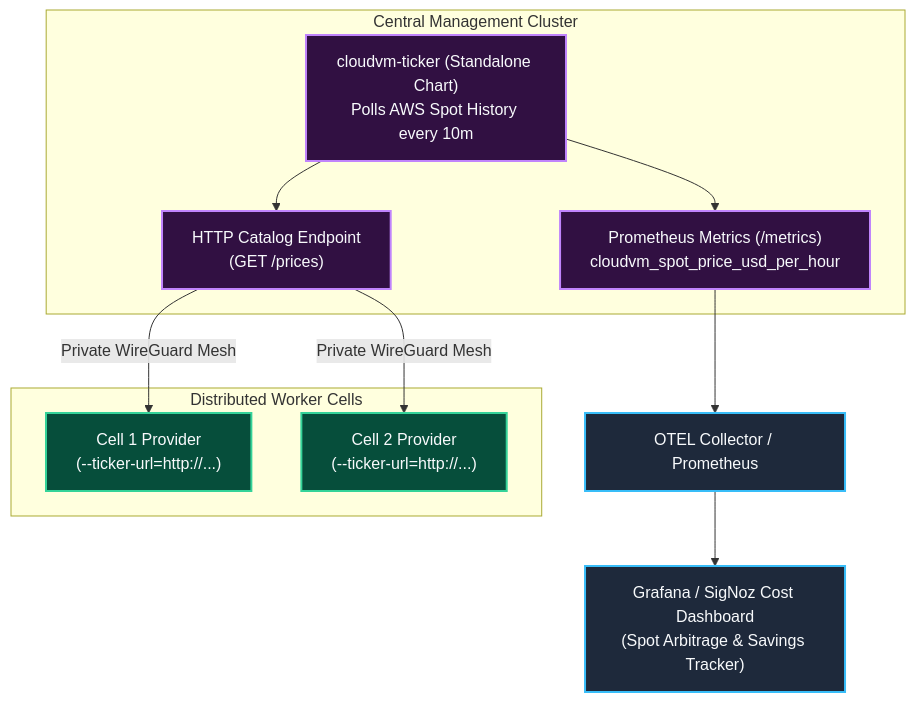
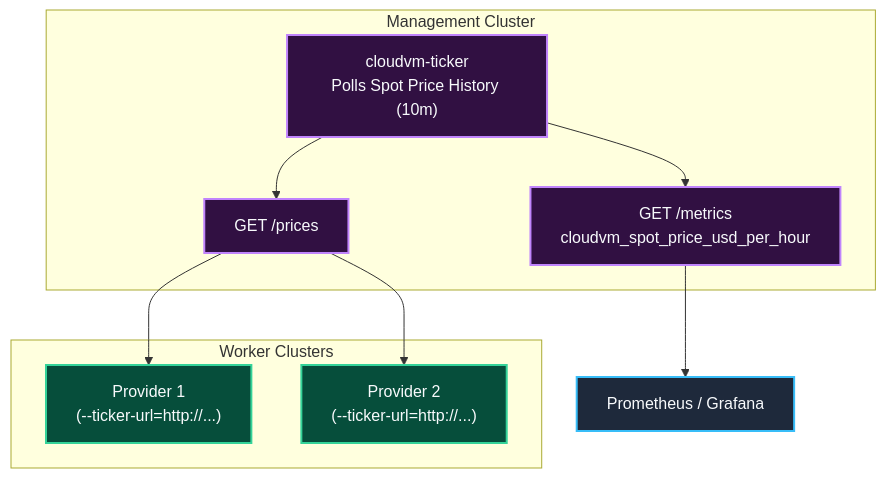
Before and after one commit to simonepri/interlink-cloudvm-plugin: the eighth of 8 diagrams in readme.md, drawn with Mermaid. The commit also changed other lines of this file, not shown here.

````diff
--- a/readme.md
+++ b/readme.md
@@ -318,26 +275,23 @@
 ```mermaid
 flowchart TD
     classDef central fill:#311042,stroke:#C084FC,stroke-width:2px,color:#F8FAFC
     classDef cell fill:#064E3B,stroke:#34D399,stroke-width:2px,color:#F8FAFC
     classDef otel fill:#1E293B,stroke:#38BDF8,stroke-width:2px,color:#F8FAFC
 
-    subgraph Central["Central Management Cluster"]
-        Ticker["cloudvm-ticker (Standalone Chart)
-Polls AWS Spot History every 10m"]:::central
-        Ticker --> HTTP["HTTP Catalog Endpoint
-(GET /prices)"]:::central
-        Ticker --> Metrics["Prometheus Metrics (/metrics)
+    subgraph Central["Management Cluster"]
+        Ticker["cloudvm-ticker
+Polls Spot Price History (10m)"]:::central
+        Ticker --> HTTP["GET /prices"]:::central
+        Ticker --> Metrics["GET /metrics
 cloudvm_spot_price_usd_per_hour"]:::central
     end
 
-    Metrics --> OTEL["OTEL Collector / Prometheus"]:::otel
-    OTEL --> Dash["Grafana / SigNoz Cost Dashboard
-(Spot Arbitrage & Savings Tracker)"]:::otel
+    Metrics --> OTEL["Prometheus / Grafana"]:::otel
 
-    subgraph Cells["Distributed Worker Cells"]
-        HTTP -->|Private WireGuard Mesh| Cell1["Cell 1 Provider
+    subgraph Cells["Worker Clusters"]
+        HTTP --> Cell1["Provider 1
 (--ticker-url=http://...)"]:::cell
-        HTTP -->|Private WireGuard Mesh| Cell2["Cell 2 Provider
+        HTTP --> Cell2["Provider 2
 (--ticker-url=http://...)"]:::cell
     end
 ```
````
